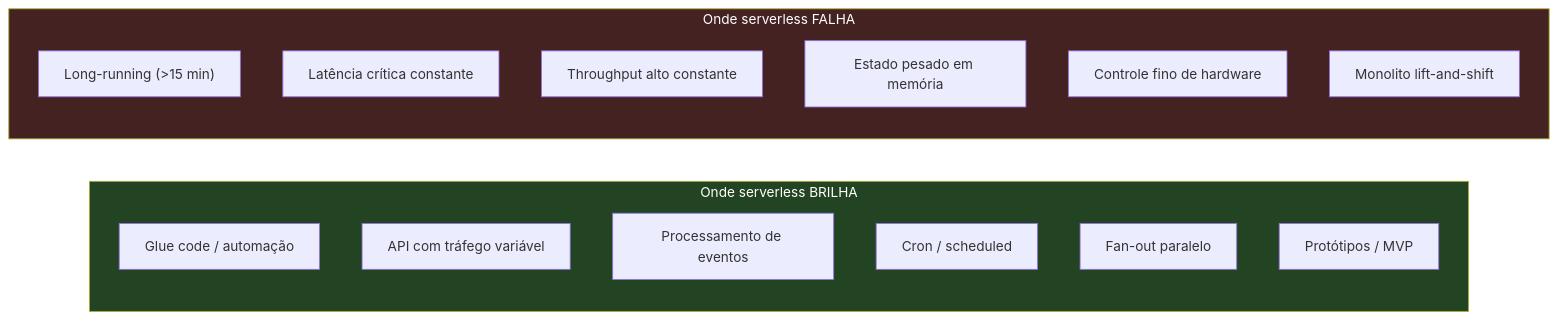
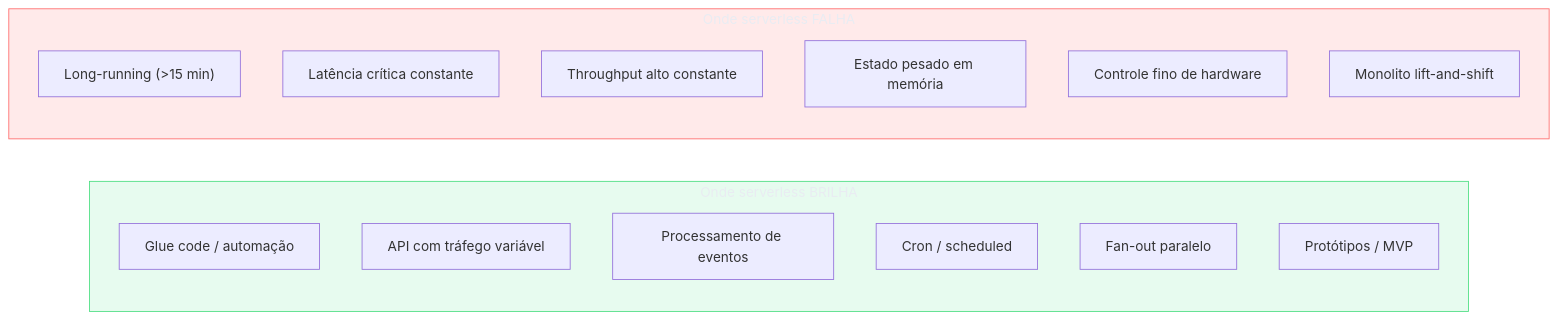
Before and after one commit to josenaldo/codex-technomanticus: the third of 4 diagrams in 03-Dominios/Tecnologia/Cloud/11 - Serverless e FaaS — Lambda a fundo/06 - Quando serverless faz (e não faz) sentido.md, drawn with Mermaid. The commit also changed other lines of this file and 1181 other files, not shown here.

First line of the commit message:
fix(diagramas): paleta do sistema no lugar de cor cravada no markdown

````diff
--- a/03-Dominios/Tecnologia/Cloud/11 - Serverless e FaaS — Lambda a fundo/06 - Quando serverless faz (e não faz) sentido.md
+++ b/03-Dominios/Tecnologia/Cloud/11 - Serverless e FaaS — Lambda a fundo/06 - Quando serverless faz (e não faz) sentido.md
@@ -211,25 +217,27 @@
 ```mermaid
 flowchart LR
+    classDef ok fill:#4ADE8021,stroke:#4ADE80,color:#E9ECF2
+    classDef falha fill:#FF6B6B24,stroke:#FF6B6B,color:#E9ECF2
     subgraph Brilha["Onde serverless BRILHA"]
         direction TB
         B1["Glue code / automação"]
         B2["API com tráfego variável"]
         B3["Processamento de eventos"]
         B4["Cron / scheduled"]
         B5["Fan-out paralelo"]
         B6["Protótipos / MVP"]
     end
 
     subgraph Anti["Onde serverless FALHA"]
         direction TB
         A1["Long-running (>15 min)"]
         A2["Latência crítica constante"]
         A3["Throughput alto constante"]
         A4["Estado pesado em memória"]
         A5["Controle fino de hardware"]
         A6["Monolito lift-and-shift"]
     end
 
-    style Brilha fill:#242,color:#fff
-    style Anti fill:#422,color:#fff
+    class Brilha ok
+    class Anti falha
 ```
````
